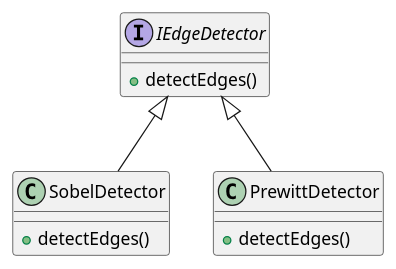
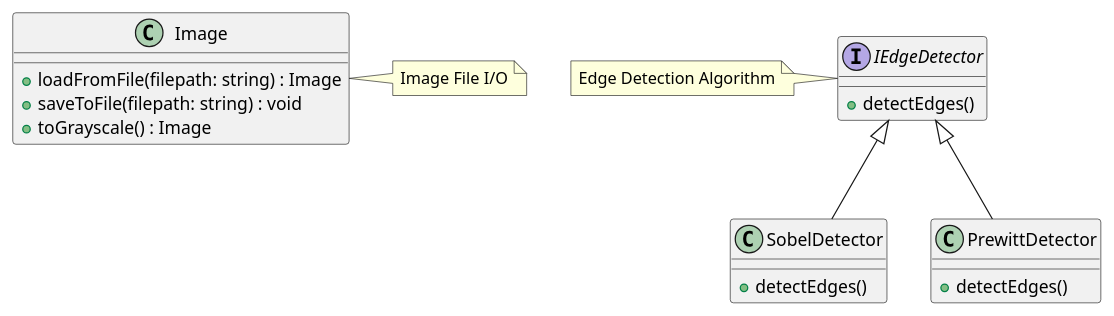
One commit to paladin1410/image-edge-detection-cpp changed the diagram in docs/edge_detector_architecture.puml. Above: the diagram before and after it, drawn with PlantUML. The commit also changed 5 other files, not shown here.

Commit message:
[Feature][Core][Implement basic Image class and update UML][TASK20250703_0002][Load, convert, save images successfully, UML generated successfully]

```diff
--- a/docs/edge_detector_architecture.puml
+++ b/docs/edge_detector_architecture.puml
@@ -1,18 +1,27 @@
 @startuml
+
+class Image {
+  +loadFromFile(filepath: string) : Image
+  +saveToFile(filepath: string) : void
+  +toGrayscale() : Image
+}
 
 interface IEdgeDetector {
   +detectEdges()
 }
 
 class SobelDetector {
   +detectEdges()
 }
 
 class PrewittDetector {
   +detectEdges()
 }
 
 IEdgeDetector <|-- SobelDetector
 IEdgeDetector <|-- PrewittDetector
 
+note right of Image : Image File I/O
+note left of IEdgeDetector : Edge Detection Algorithm
+
 @enduml
```
